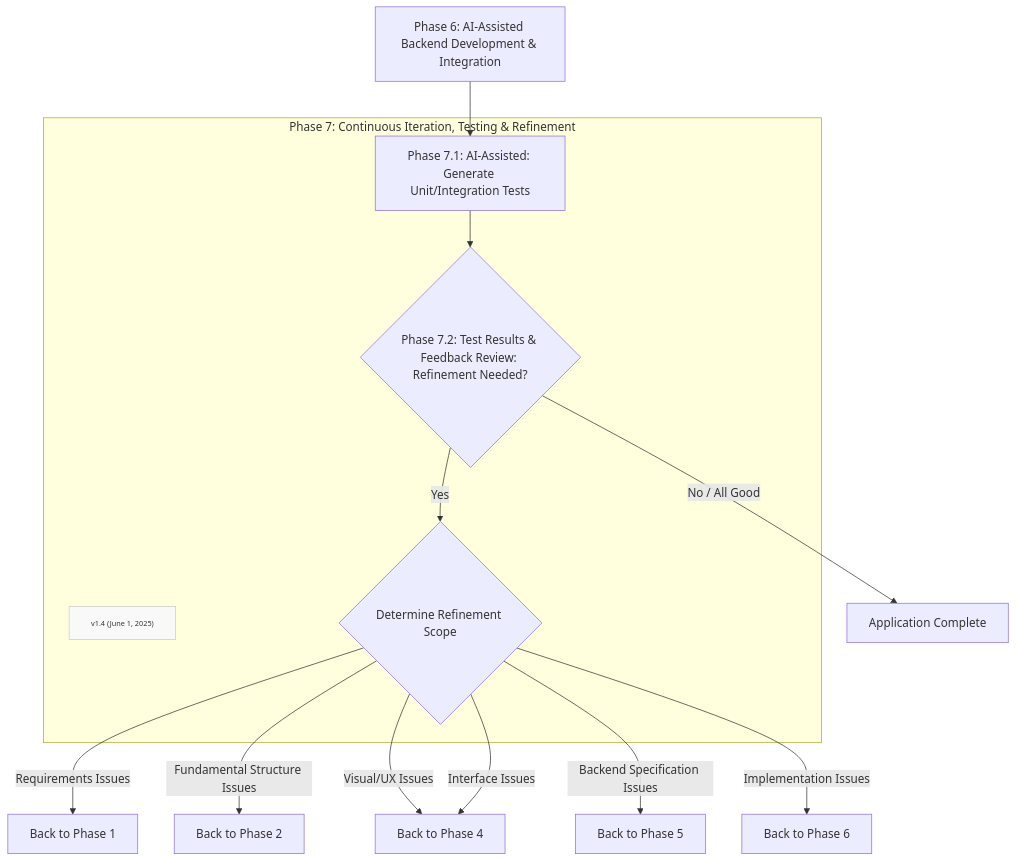
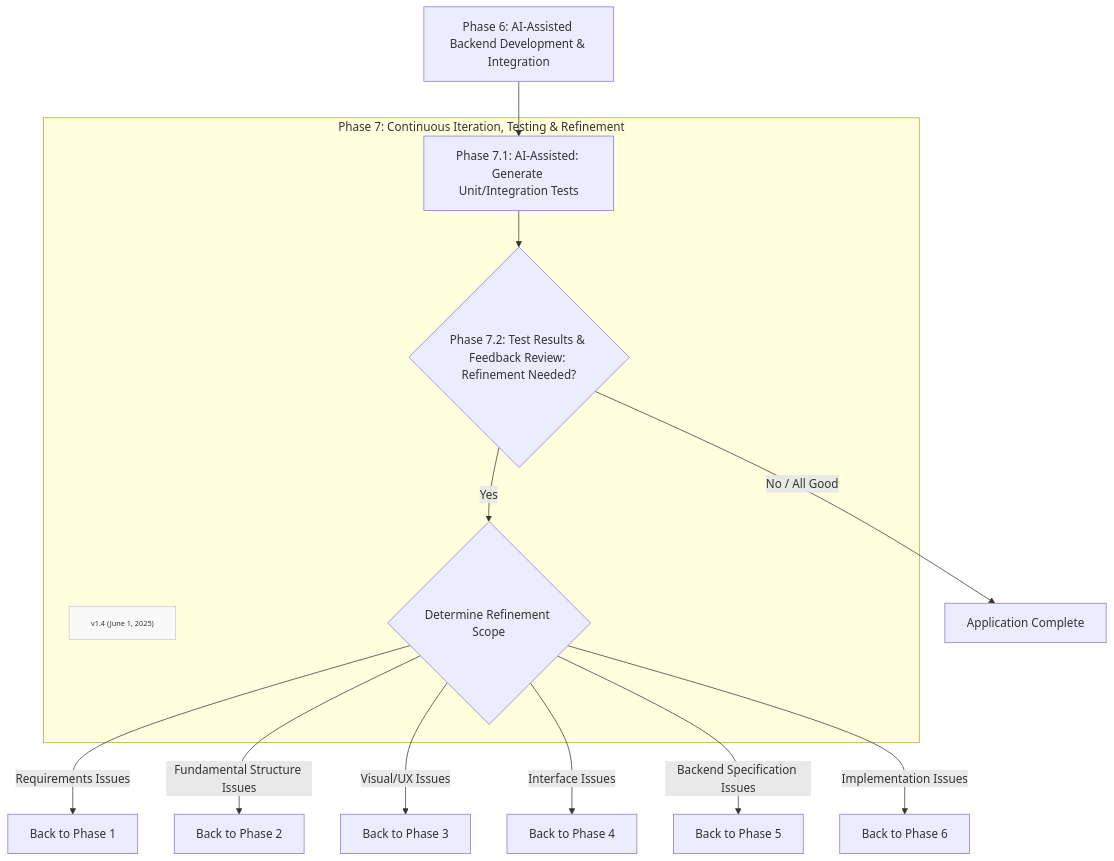
Before and after one commit to Mharbulous/Front-First-Method: the diagram in Method/FF-phase7.md, drawn with Mermaid.

Commit message:
refined phase 7 diagram

````diff
--- a/Method/FF-phase7.md
+++ b/Method/FF-phase7.md
@@ -1,24 +1,24 @@
 ```mermaid
 graph TD
     Phase6["Phase 6: AI-Assisted Backend Development & Integration"] --> Phase7_1
 
     subgraph Phase7 ["Phase 7: Continuous Iteration, Testing & Refinement"]
         Version["v1.4 (June 1, 2025)"]
         classDef version fill:#f9f9f9,stroke:#ccc,font-size:10px
         class Version version
         Phase7_1["Phase 7.1: AI-Assisted: Generate Unit/Integration Tests"] --> Phase7_2_Val{"Phase 7.2: Test Results & Feedback Review: Refinement Needed?"}
         
         Phase7_2_Val -->|Yes| RefineDecision{"Determine Refinement Scope"}
         
         
     end
 
 RefineDecision -->|Requirements Issues| Back2Phase1["Back to Phase 1"]
 RefineDecision -->|Fundamental Structure Issues| Back2Phase2["Back to Phase 2"]
 RefineDecision -->|Visual/UX Issues| Back2Phase3["Back to Phase 3"]
-RefineDecision -->|Interface Issues| Back2Phase3["Back to Phase 4"]
+RefineDecision -->|Interface Issues| Back2Phase4["Back to Phase 4"]
 RefineDecision -->|Backend Specification Issues| Back2Phase5["Back to Phase 5"]
 RefineDecision -->|Implementation Issues| Back2Phase6["Back to Phase 6"]
 
 Phase7_2_Val -->|No / All Good| ApplicationComplete["Application Complete"]
 ```
````
